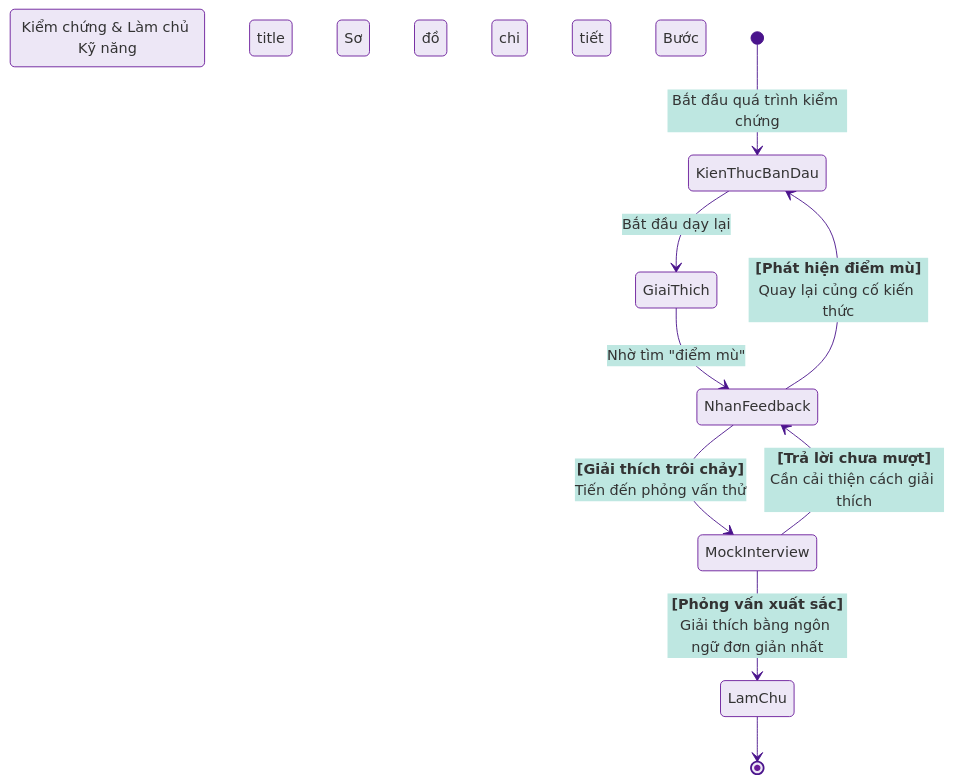
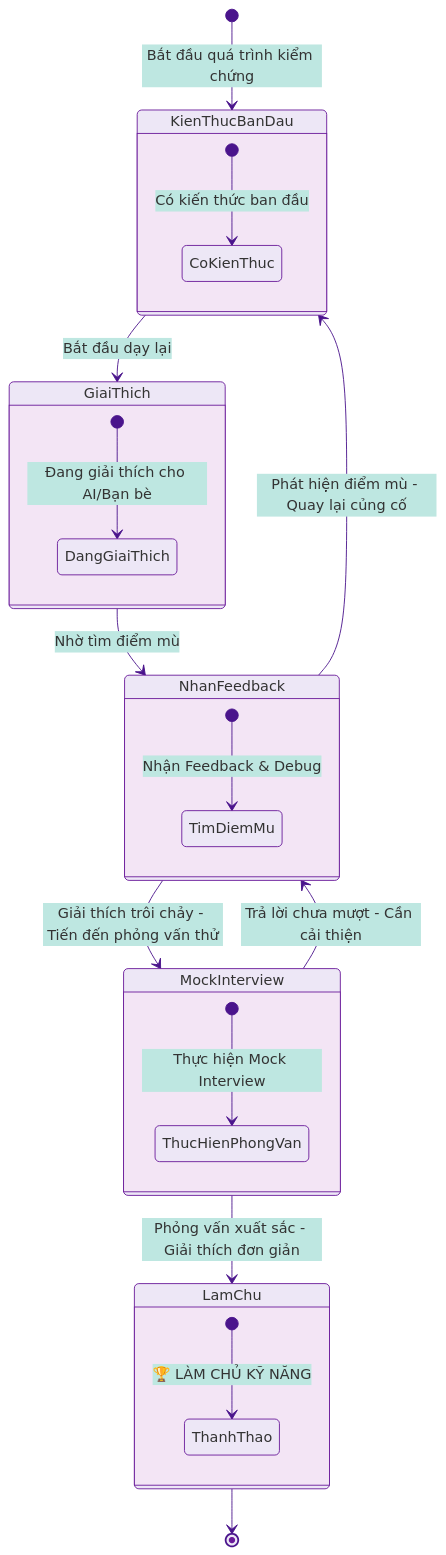
The fifth of 5 diagrams in README.md (khanhnk-phuctho/lifelong-learning), drawn with Mermaid before and after one commit. The commit also changed other lines of this file, not shown here.

````diff
--- a/README.md
+++ b/README.md
@@ -264,35 +250,47 @@
 ```mermaid
 %%{
   init: {
     "theme": "base",
     "themeVariables": {
       "background": "#f3e5f5",
       "mainBkg": "#ede7f6",
       "primaryColor": "#e1bee7",
       "primaryBorderColor": "#6a1b9a",
       "lineColor": "#4a148c"
     }
   }
 }%%
 stateDiagram-v2
-    title Sơ đồ chi tiết Bước 4: Kiểm chứng & Làm chủ Kỹ năng
-
     [*] --> KienThucBanDau: Bắt đầu quá trình kiểm chứng
     
-    state KienThucBanDau: Có kiến thức ban đầu
-    state GiaiThich: Giải thích cho AI/Bạn bè
-    state NhanFeedback: Nhận Feedback & Debug
-    state MockInterview: Thực hiện Mock Interview
-    state LamChu: 🏆 LÀM CHỦ KỸ NĂNG
+    state KienThucBanDau {
+        [*] --> CoKienThuc: Có kiến thức ban đầu
+    }
+    
+    state GiaiThich {
+        [*] --> DangGiaiThich: Đang giải thích cho AI/Bạn bè
+    }
+    
+    state NhanFeedback {
+        [*] --> TimDiemMu: Nhận Feedback & Debug
+    }
+    
+    state MockInterview {
+        [*] --> ThucHienPhongVan: Thực hiện Mock Interview
+    }
+    
+    state LamChu {
+        [*] --> ThanhThao: 🏆 LÀM CHỦ KỸ NĂNG
+    }
 
     KienThucBanDau --> GiaiThich: Bắt đầu dạy lại
-    GiaiThich --> NhanFeedback: Nhờ tìm "điểm mù"
+    GiaiThich --> NhanFeedback: Nhờ tìm điểm mù
     
-    NhanFeedback --> KienThucBanDau: **[Phát hiện điểm mù]**<br>Quay lại củng cố kiến thức
-    NhanFeedback --> MockInterview: **[Giải thích trôi chảy]**<br>Tiến đến phỏng vấn thử
+    NhanFeedback --> KienThucBanDau: Phát hiện điểm mù - Quay lại củng cố
+    NhanFeedback --> MockInterview: Giải thích trôi chảy - Tiến đến phỏng vấn thử
     
-    MockInterview --> NhanFeedback: **[Trả lời chưa mượt]**<br>Cần cải thiện cách giải thích
-    MockInterview --> LamChu: **[Phỏng vấn xuất sắc]**<br>Giải thích bằng ngôn ngữ đơn giản nhất
+    MockInterview --> NhanFeedback: Trả lời chưa mượt - Cần cải thiện
+    MockInterview --> LamChu: Phỏng vấn xuất sắc - Giải thích đơn giản
     
     LamChu --> [*]
-``` 
+```
````
